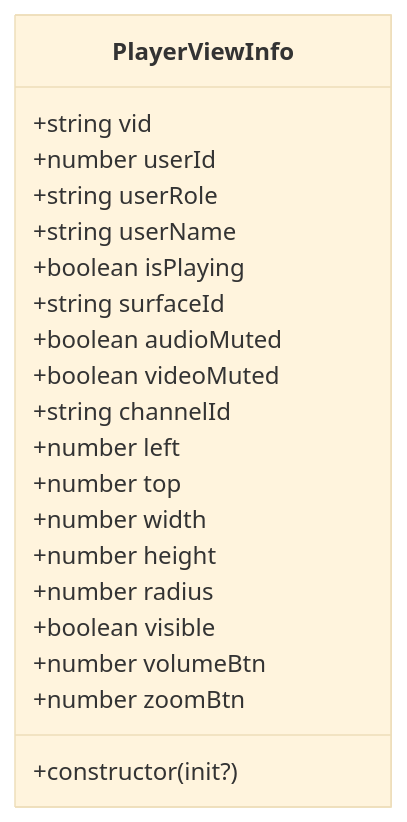
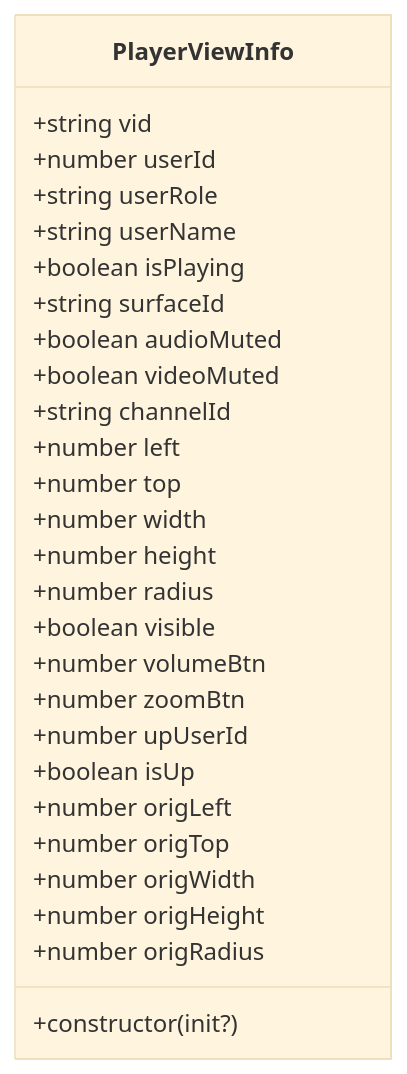
Before and after one commit to huz1xuan/harmony_XDY: the third of 8 diagrams in .qoder/repowiki/zh/content/主要功能模块/视频渲染系统.md, drawn with Mermaid (base theme). The commit also changed other lines of this file and 15 other files, not shown here.

````diff
--- a/.qoder/repowiki/zh/content/主要功能模块/视频渲染系统.md
+++ b/.qoder/repowiki/zh/content/主要功能模块/视频渲染系统.md
@@ -140,23 +161,30 @@
 ```mermaid
 classDiagram
 class PlayerViewInfo {
 +string vid
 +number userId
 +string userRole
 +string userName
 +boolean isPlaying
 +string surfaceId
 +boolean audioMuted
 +boolean videoMuted
 +string channelId
 +number left
 +number top
 +number width
 +number height
 +number radius
 +boolean visible
 +number volumeBtn
 +number zoomBtn
++number upUserId
++boolean isUp
++number origLeft
++number origTop
++number origWidth
++number origHeight
++number origRadius
 +constructor(init?)
 }
 ```
````
